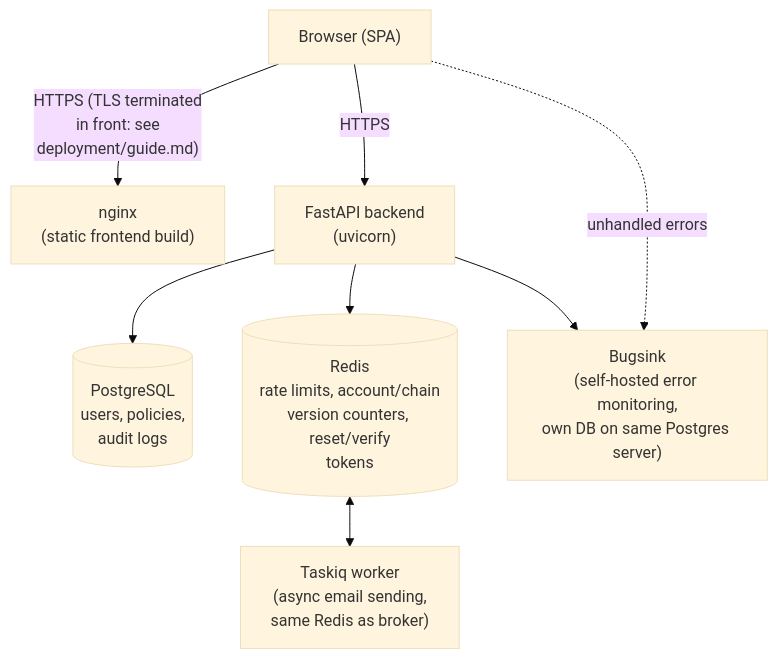
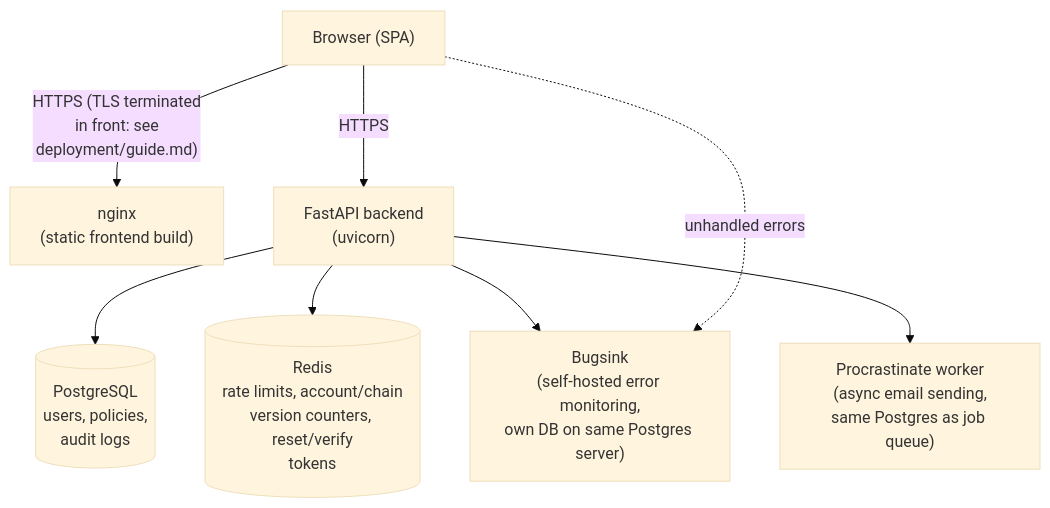
One commit to Nachiket-2024/mystic-auth changed the first of 2 diagrams in docs/mystic_auth/architecture/system-overview.md. Above: the diagram before and after it, drawn with Mermaid (base theme). The commit also changed other lines of this file and 305 other files, not shown here.

Commit message:
Replaced Taskiq with Procrastinate, added session geolocation, rate-limit dashboard, enforced JWT iss/aud

````diff
--- a/docs/mystic_auth/architecture/system-overview.md
+++ b/docs/mystic_auth/architecture/system-overview.md
@@ -7,17 +7,17 @@
 ```mermaid
 flowchart TD
     Browser["Browser (SPA)"]
 
     Browser -- "HTTPS (TLS terminated<br/>in front: see<br/>deployment/guide.md)" --> Nginx
     Browser -- HTTPS --> Backend
 
     Nginx["nginx<br/>(static frontend build)"]
     Backend["FastAPI backend<br/>(uvicorn)"]
 
     Backend --> Postgres[("PostgreSQL<br/>users, policies,<br/>audit logs")]
     Backend --> Redis[("Redis<br/>rate limits, account/chain<br/>version counters, reset/verify<br/>tokens")]
     Backend --> Bugsink["Bugsink<br/>(self-hosted error monitoring,<br/>own DB on same Postgres server)"]
     Browser -. "unhandled errors" .-> Bugsink
 
-    Redis <--> Taskiq["Taskiq worker<br/>(async email sending,<br/>same Redis as broker)"]
+    Backend --> Procrastinate["Procrastinate worker<br/>(async email sending,<br/>same Postgres as job queue)"]
 ```
````
